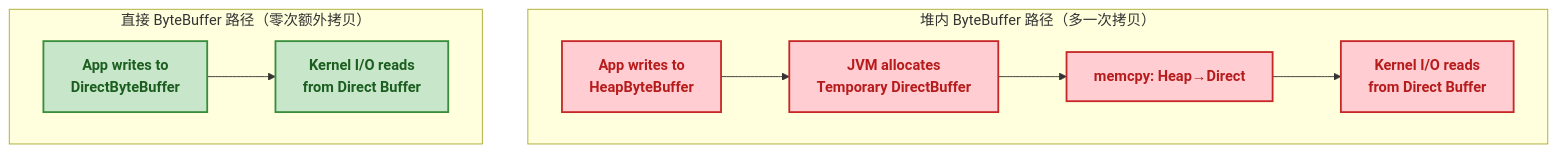
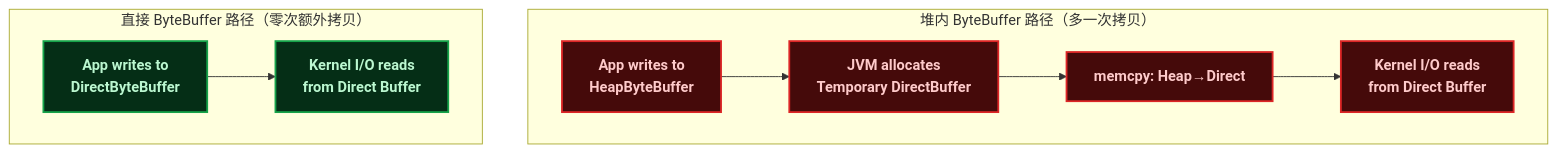
One commit to yaocat55/yaocat55.github.io changed the fourth of 5 diagrams in content/posts/io/NioPerformanceTuning.md. Above: the diagram before and after it, drawn with Mermaid. The commit also changed other lines of this file and 155 other files, not shown here.

````diff
--- a/content/posts/io/NioPerformanceTuning.md
+++ b/content/posts/io/NioPerformanceTuning.md
@@ -262,28 +262,28 @@
 ```mermaid
 flowchart TD
     %% ==========================================
     %% 样式定义
     %% ==========================================
-    classDef heap fill:#FFCDD2,stroke:#C62828,stroke-width:2px,color:#B71C1C,font-weight:bold;
-    classDef direct fill:#C8E6C9,stroke:#388E3C,stroke-width:2px,color:#1B5E20,font-weight:bold;
-    classDef io fill:#BBDEFB,stroke:#1976D2,stroke-width:2px,color:#0D47A1,font-weight:bold;
-    classDef label fill:#F5F5F5,stroke:#9E9E9E,stroke-width:1px,color:#212121;
+classDef heap fill:#450a0a,stroke:#dc2626,stroke-width:2px,color:#fecaca,font-weight:bold;
+classDef direct fill:#052e16,stroke:#16a34a,stroke-width:2px,color:#bbf7d0,font-weight:bold;
+classDef io fill:#0f172a,stroke:#3b82f6,stroke-width:2px,color:#bfdbfe,font-weight:bold;
+classDef label fill:#1e1e24,stroke:#6b7280,stroke-width:1px,color:#e5e7eb;
 
     %% ==========================================
     %% 堆内 vs 直接内存 I/O 路径
     %% ==========================================
     subgraph HEAP_PATH ["堆内 ByteBuffer 路径（多一次拷贝）"]
         direction LR
         H1["App writes to\nHeapByteBuffer"] --> H2["JVM allocates\nTemporary DirectBuffer"]
         H2 --> H3["memcpy: Heap→Direct"]
         H3 --> H4["Kernel I/O reads\nfrom Direct Buffer"]
     end
 
     subgraph DIRECT_PATH ["直接 ByteBuffer 路径（零次额外拷贝）"]
         direction LR
         D1["App writes to\nDirectByteBuffer"] --> D2["Kernel I/O reads\nfrom Direct Buffer"]
     end
 
     class H1,H2,H3,H4 heap;
     class D1,D2 direct;
 ```
````
